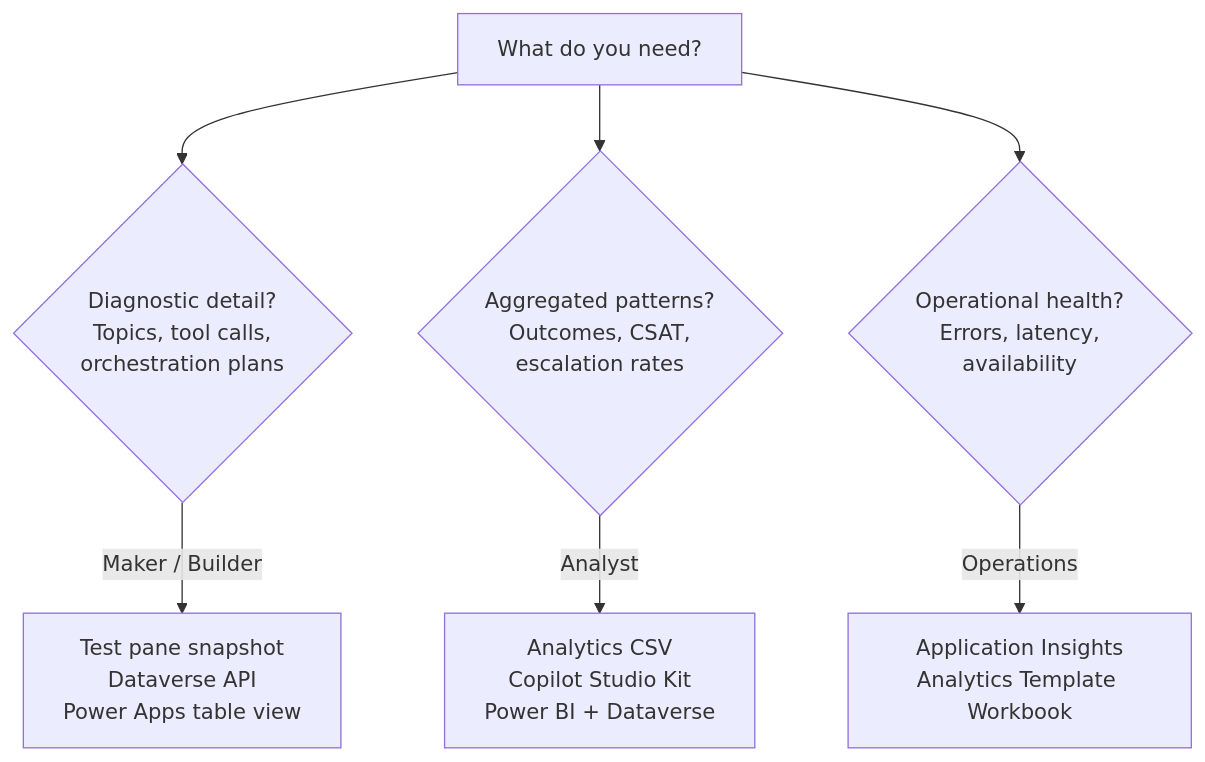
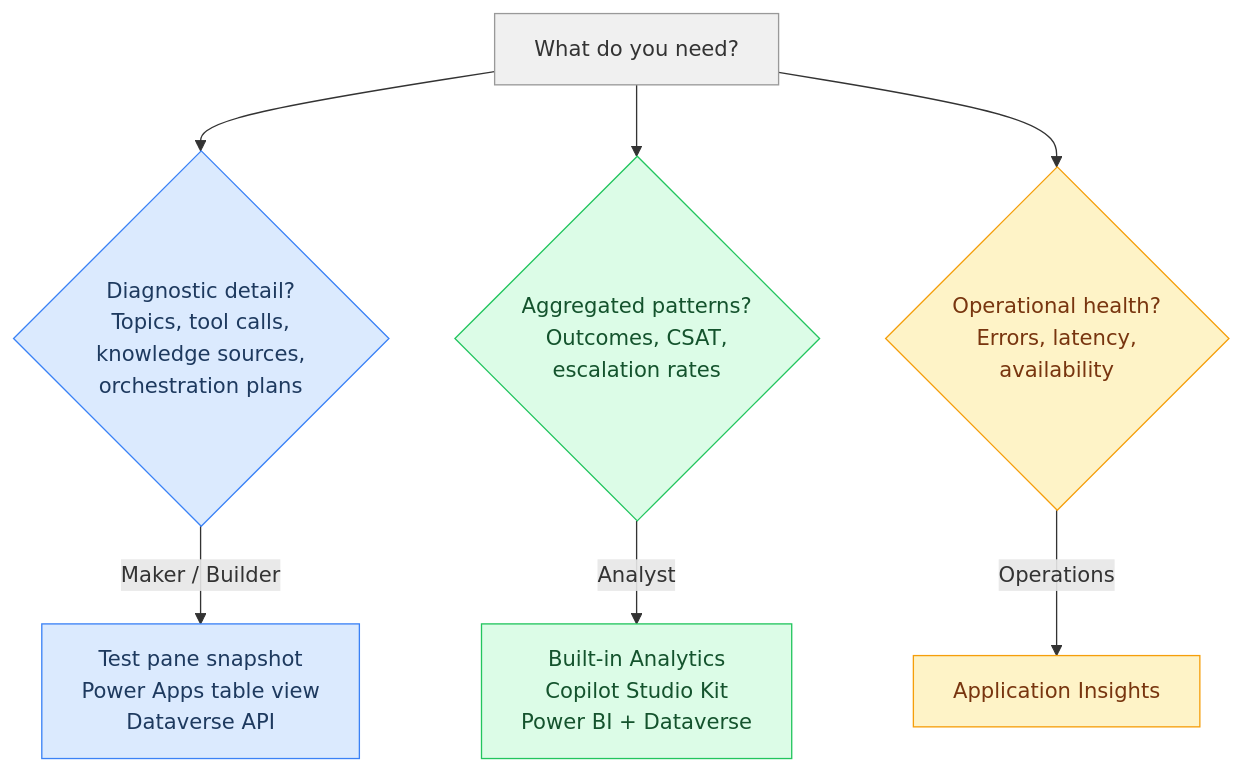
Before and after one commit to microsoft/mcscatblog: the second of 2 diagrams in _posts/2026-03-16-open-the-hood-copilot-studio-transcripts.md, drawn with Mermaid. The commit also changed other lines of this file, not shown here.

````diff
--- a/_posts/2026-03-16-open-the-hood-copilot-studio-transcripts.md
+++ b/_posts/2026-03-16-open-the-hood-copilot-studio-transcripts.md
@@ -275,10 +379,15 @@
 ```mermaid
 flowchart TD
-    Q["What do you need?"] --> D{"Diagnostic detail?<br/>Topics, tool calls,<br/>orchestration plans"}
-    Q --> A{"Aggregated patterns?<br/>Outcomes, CSAT,<br/>escalation rates"}
-    Q --> O{"Operational health?<br/>Errors, latency,<br/>availability"}
+    Q["What do you need?"]:::gray --> D{"Diagnostic detail?<br/>Topics, tool calls,<br/>knowledge sources,<br/>orchestration plans"}:::blue
+    Q --> A{"Aggregated patterns?<br/>Outcomes, CSAT,<br/>escalation rates"}:::green
+    Q --> O{"Operational health?<br/>Errors, latency,<br/>availability"}:::amber
 
-    D --> |Maker / Builder| D1["Test pane snapshot<br/>Dataverse API<br/>Power Apps table view"]
-    A --> |Analyst| A1["Analytics CSV<br/>Copilot Studio Kit<br/>Power BI + Dataverse"]
-    O --> |Operations| O1["Application Insights<br/>Analytics Template Workbook"]
+    D --> |Maker / Builder| D1["Test pane snapshot<br/>Power Apps table view<br/>Dataverse API"]:::blue
+    A --> |Analyst| A1["Built-in Analytics<br/>Copilot Studio Kit<br/>Power BI + Dataverse"]:::green
+    O --> |Operations| O1["Application Insights"]:::amber
+
+    classDef gray fill:#f0f0f0,stroke:#999,color:#333
+    classDef blue fill:#dbeafe,stroke:#3b82f6,color:#1e3a5f
+    classDef green fill:#dcfce7,stroke:#22c55e,color:#14532d
+    classDef amber fill:#fef3c7,stroke:#f59e0b,color:#78350f
 ```
````
